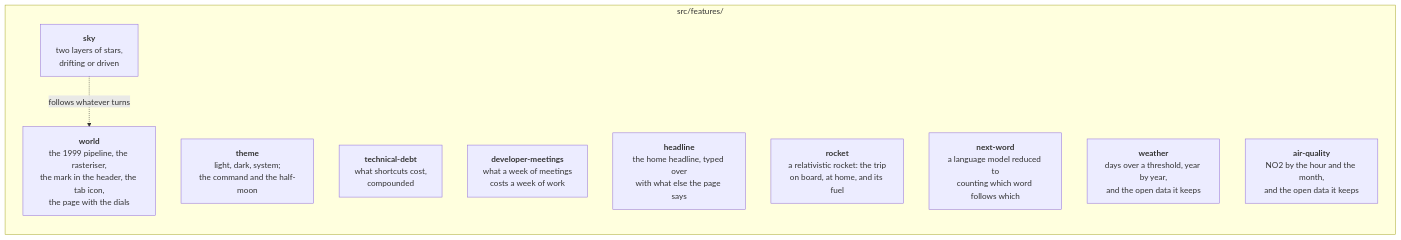
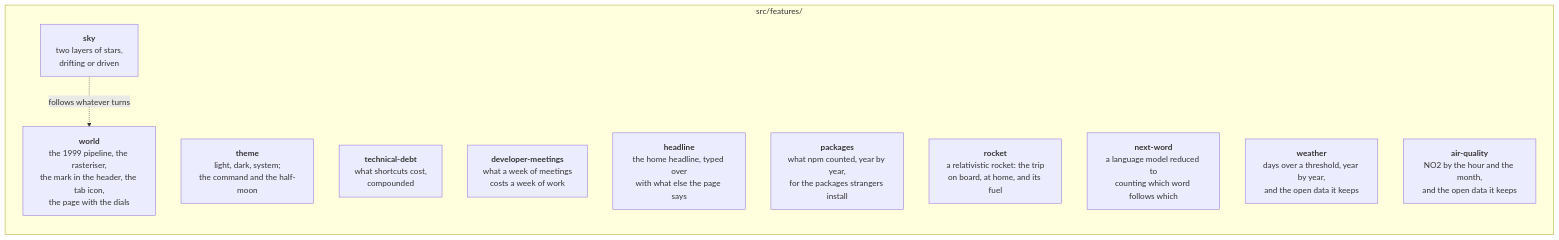
Before and after one commit to drpicox/david-rodenas.com: the second of 6 diagrams in ARCHITECTURE.md, drawn with Mermaid. The commit also changed 15 other files, not shown here.

Commit message:
What strangers install: npm's counts kept a year at a time, a line for each package that earned one

````diff
--- a/ARCHITECTURE.md
+++ b/ARCHITECTURE.md
@@ -43,17 +43,18 @@
 ```mermaid
 graph LR
   subgraph fs["src/features/"]
     world["<b>world</b><br/>the 1999 pipeline, the rasteriser,<br/>the mark in the header, the tab icon,<br/>the page with the dials"]
     theme["<b>theme</b><br/>light, dark, system;<br/>the command and the half-moon"]
     sky["<b>sky</b><br/>two layers of stars,<br/>drifting or driven"]
     debt["<b>technical-debt</b><br/>what shortcuts cost,<br/>compounded"]
     meetings["<b>developer-meetings</b><br/>what a week of meetings<br/>costs a week of work"]
     headline["<b>headline</b><br/>the home headline, typed over<br/>with what else the page says"]
+    packages["<b>packages</b><br/>what npm counted, year by year,<br/>for the packages strangers install"]
     rocket["<b>rocket</b><br/>a relativistic rocket: the trip<br/>on board, at home, and its fuel"]
     nextword["<b>next-word</b><br/>a language model reduced to<br/>counting which word follows which"]
     weather["<b>weather</b><br/>days over a threshold, year by year,<br/>and the open data it keeps"]
     air["<b>air-quality</b><br/>NO2 by the hour and the month,<br/>and the open data it keeps"]
   end
 
   sky -. "follows whatever turns" .-> world
 ```
````
